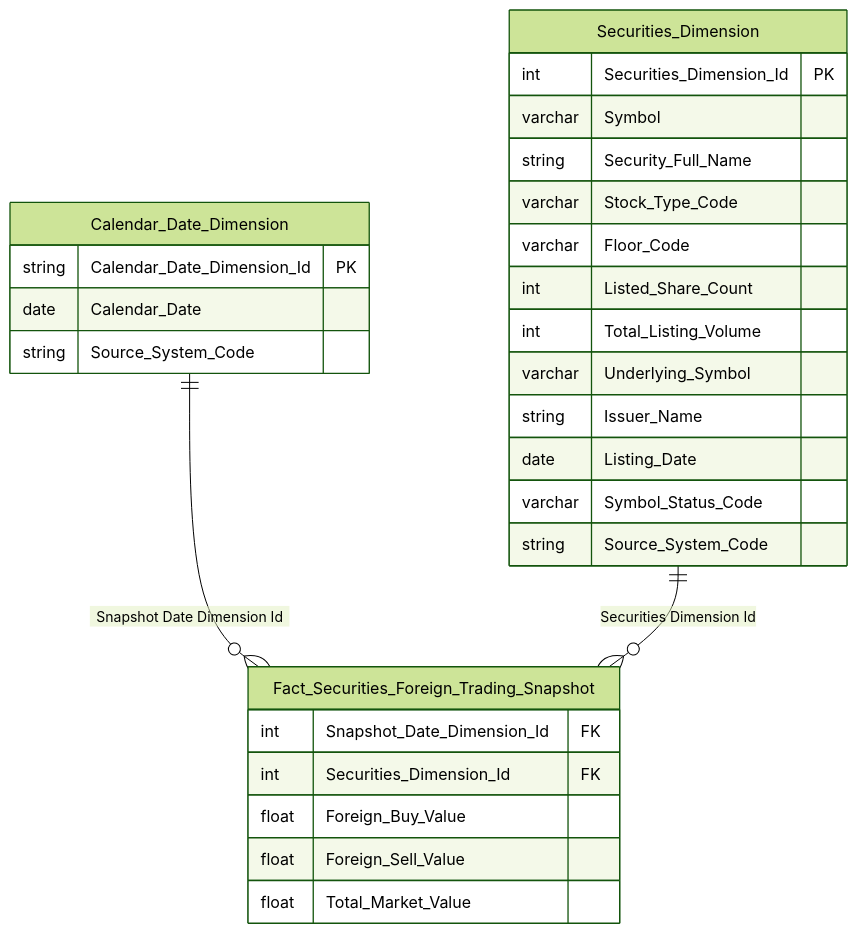
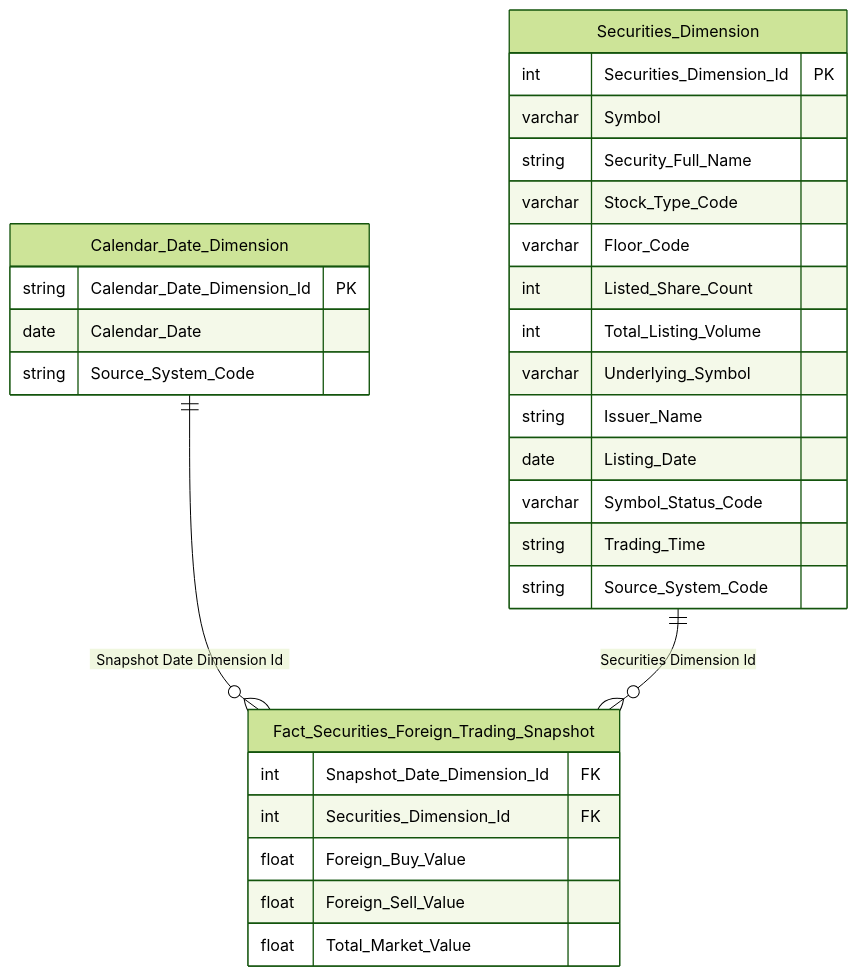
The ninth of 30 diagrams in Datamart/hld/DTM_NDTNN_HLD.md (linhlvit/ubck_atomic_design), drawn with Mermaid (forest theme) before and after one commit. The commit also changed other lines of this file and 6 other files, not shown here.

````diff
--- a/Datamart/hld/DTM_NDTNN_HLD.md
+++ b/Datamart/hld/DTM_NDTNN_HLD.md
@@ -367,32 +368,33 @@
 ```mermaid
 erDiagram
     Calendar_Date_Dimension {
         string Calendar_Date_Dimension_Id PK
         date Calendar_Date
         string Source_System_Code
     }
     Securities_Dimension {
         int Securities_Dimension_Id PK
         varchar Symbol
         string Security_Full_Name
         varchar Stock_Type_Code
         varchar Floor_Code
         int Listed_Share_Count
         int Total_Listing_Volume
         varchar Underlying_Symbol
         string Issuer_Name
         date Listing_Date
         varchar Symbol_Status_Code
+        string Trading_Time
         string Source_System_Code
     }
     Fact_Securities_Foreign_Trading_Snapshot {
         int Snapshot_Date_Dimension_Id FK
         int Securities_Dimension_Id FK
         float Foreign_Buy_Value
         float Foreign_Sell_Value
         float Total_Market_Value
     }
 
     Calendar_Date_Dimension ||--o{ Fact_Securities_Foreign_Trading_Snapshot : "Snapshot Date Dimension Id"
     Securities_Dimension ||--o{ Fact_Securities_Foreign_Trading_Snapshot : "Securities Dimension Id"
 ```
````
